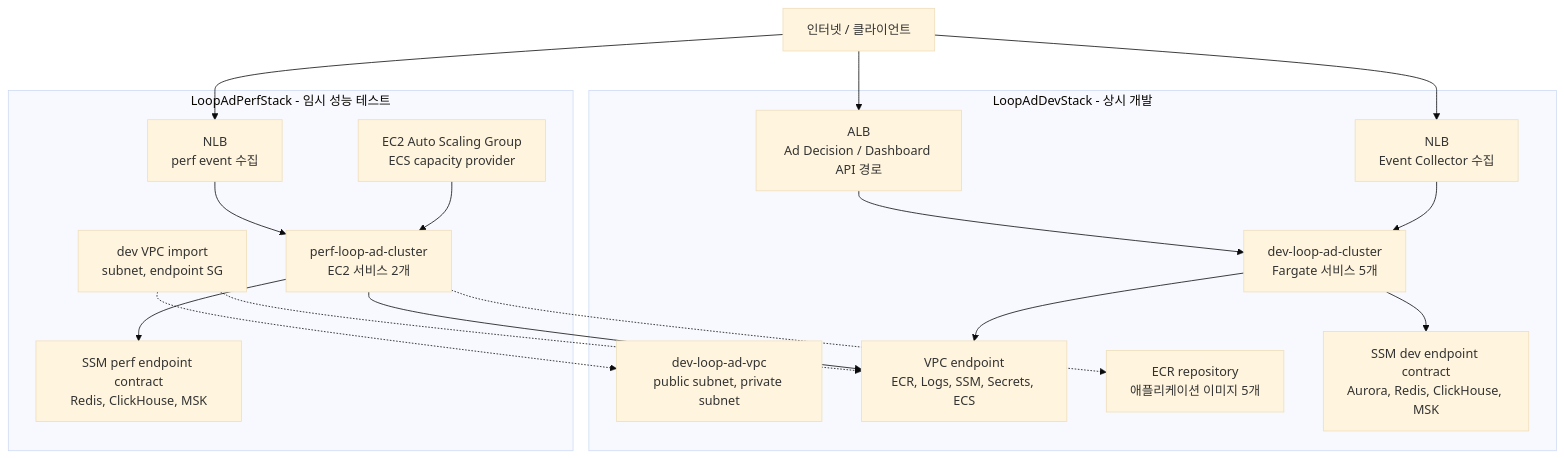
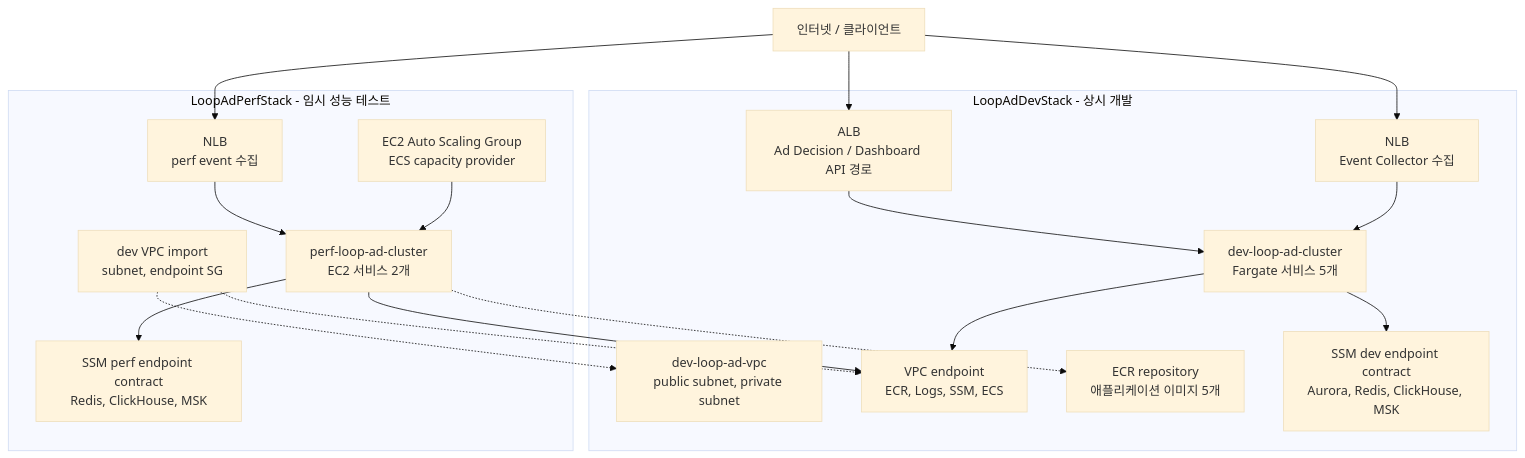
One commit to krafton-jungle-project-4team/loop-ad_infra changed the diagram in README.md. Above: the diagram before and after it, drawn with Mermaid (base theme). The commit also changed 4 other files, not shown here.

````diff
--- a/README.md
+++ b/README.md
@@ -26,39 +26,39 @@
 ```mermaid
 flowchart TB
     Internet["인터넷 / 클라이언트"]
 
     subgraph DevStack["LoopAdDevStack - 상시 개발"]
         Vpc["dev-loop-ad-vpc<br/>public subnet, private subnet"]
-        VpcEndpoints["VPC endpoint<br/>ECR, Logs, SSM, Secrets, ECS"]
+        VpcEndpoints["VPC endpoint<br/>ECR, Logs, SSM, ECS"]
         Ecr["ECR repository<br/>애플리케이션 이미지 5개"]
         DevAlb["ALB<br/>Ad Decision / Dashboard API 경로"]
         DevNlb["NLB<br/>Event Collector 수집"]
         DevEcs["dev-loop-ad-cluster<br/>Fargate 서비스 5개"]
         DevContracts["SSM dev endpoint contract<br/>Aurora, Redis, ClickHouse, MSK"]
     end
 
     subgraph PerfStack["LoopAdPerfStack - 임시 성능 테스트"]
         PerfImport["dev VPC import<br/>subnet, endpoint SG"]
         PerfNlb["NLB<br/>perf event 수집"]
         PerfCapacity["EC2 Auto Scaling Group<br/>ECS capacity provider"]
         PerfEcs["perf-loop-ad-cluster<br/>EC2 서비스 2개"]
         PerfContracts["SSM perf endpoint contract<br/>Redis, ClickHouse, MSK"]
     end
 
     Internet --> DevAlb
     Internet --> DevNlb
     Internet --> PerfNlb
 
     DevAlb --> DevEcs
     DevNlb --> DevEcs
     DevEcs --> DevContracts
     DevEcs --> VpcEndpoints
 
     PerfImport -.-> Vpc
     PerfImport -.-> VpcEndpoints
     PerfNlb --> PerfEcs
     PerfCapacity --> PerfEcs
     PerfEcs --> PerfContracts
     PerfEcs -.-> Ecr
     PerfEcs --> VpcEndpoints
 ```
````
